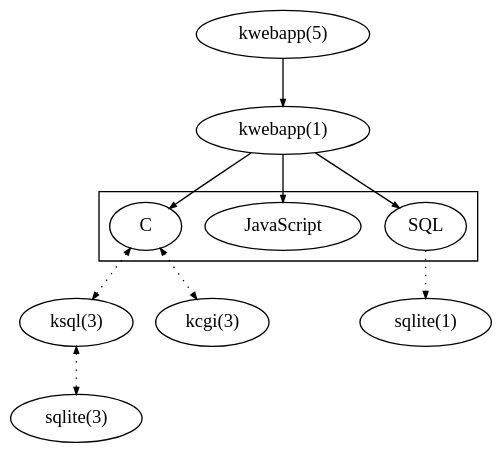
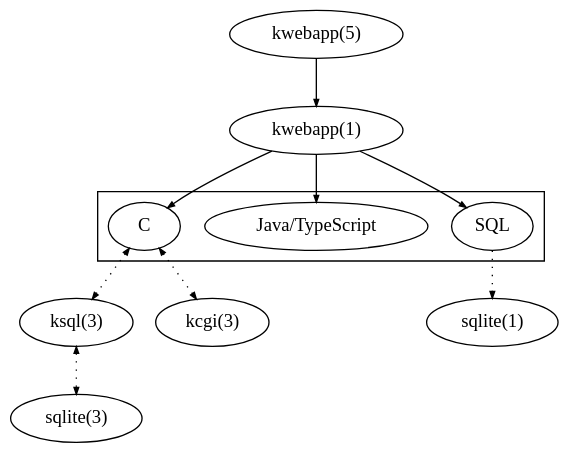
The diagram in index.dot (kristapsdz/openradtool), drawn with Graphviz before and after one commit. The commit also changed 2 other files, not shown here.

```diff
--- a/index.dot
+++ b/index.dot
@@ -1,35 +1,35 @@
 digraph {
 	edge [arrowsize="0.5";];
 	bgcolor="transparent";
 
 	cfg[label="kwebapp(5)"];
 	bin[label="kwebapp(1)"];
 
 	{ rank=same; cfg; }
 	{ rank=same; bin; }
 
 	subgraph cluster0 {
 		{ rank=same; src; js; sql; }
 		src[label="C"];
-		js[label="JavaScript"];
+		js[label="Java/TypeScript"];
 		sql[label="SQL"];
 	}
 	cfg -> bin;
 	bin -> src;
 	bin -> js;
 	bin -> sql;
 
 	{ rank=same; ksql; kcgi; sqlite1; }
 	{ rank=same; sqlite; }
 
 	sqlite1[label="sqlite(1)"];
 	kcgi[label="kcgi(3)"];
 	ksql[label="ksql(3)"];
 	sqlite[label="sqlite(3)"];
 
 	sql -> sqlite1[style="dotted"];
 
 	src -> ksql[dir="both"; style="dotted"];
 	src -> kcgi[dir="both"; style="dotted"];
 	ksql -> sqlite[dir="both"; style="dotted"];
 }
```
